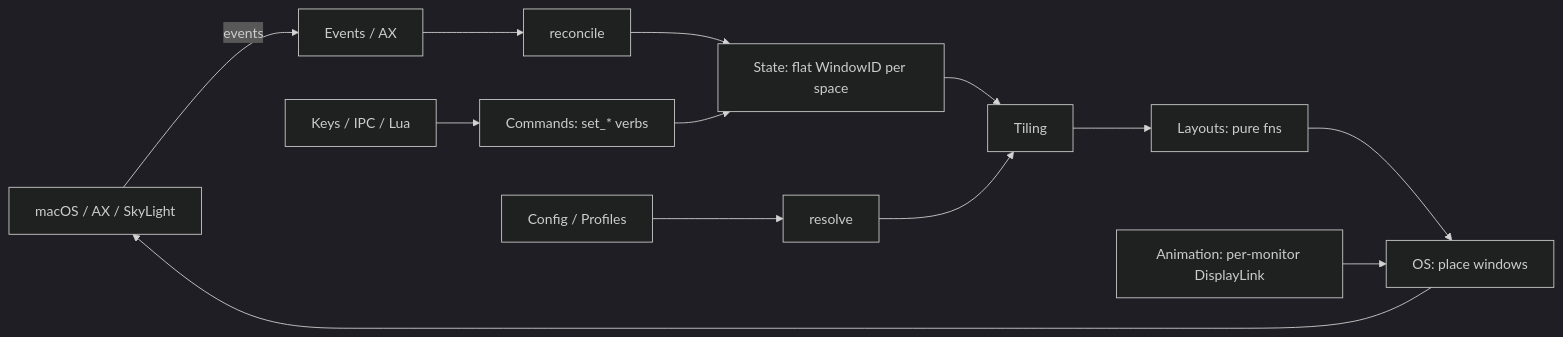
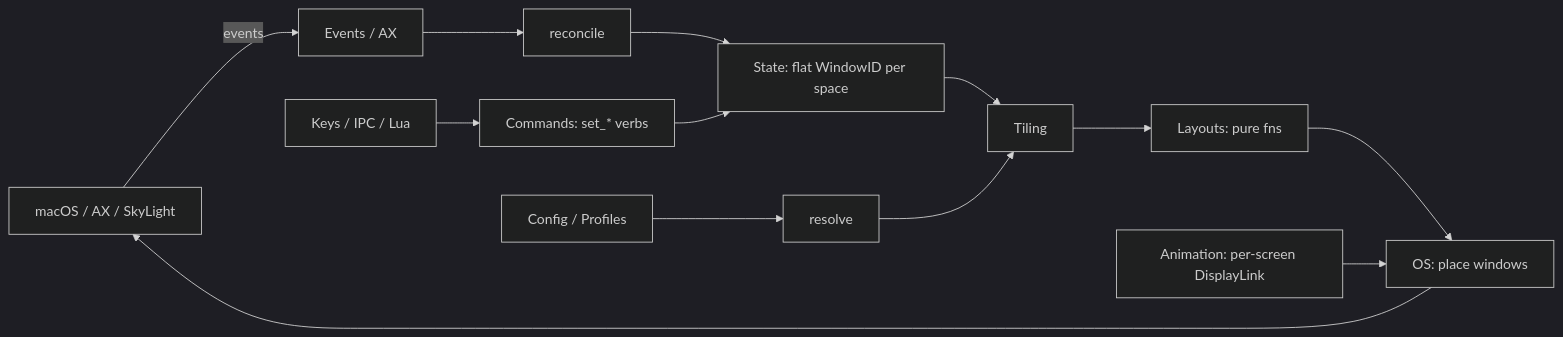
One commit to KiwiCanopy/KiwiDesk changed the first of 7 diagrams in docs/architecture.md. Above: the diagram before and after it, drawn with Mermaid (dark theme). The commit also changed other lines of this file and 100 other files, not shown here.

````diff
--- a/docs/architecture.md
+++ b/docs/architecture.md
@@ -18,14 +18,14 @@
 ```mermaid
 graph LR
     OSq[macOS / AX / SkyLight] -->|events| EV[Events / AX]
     EV --> RC[reconcile]
     RC --> ST[State: flat WindowID per space]
     ST --> TI[Tiling]
     TI --> LO[Layouts: pure fns]
     LO --> PL[OS: place windows]
     PL --> OSq
     KEY[Keys / IPC / Lua] --> CMD[Commands: set_* verbs]
     CMD --> ST
     CFG[Config / Profiles] --> RES[resolve] --> TI
-    AN[Animation: per-monitor DisplayLink] --> PL
+    AN[Animation: per-screen DisplayLink] --> PL
 ```
````
